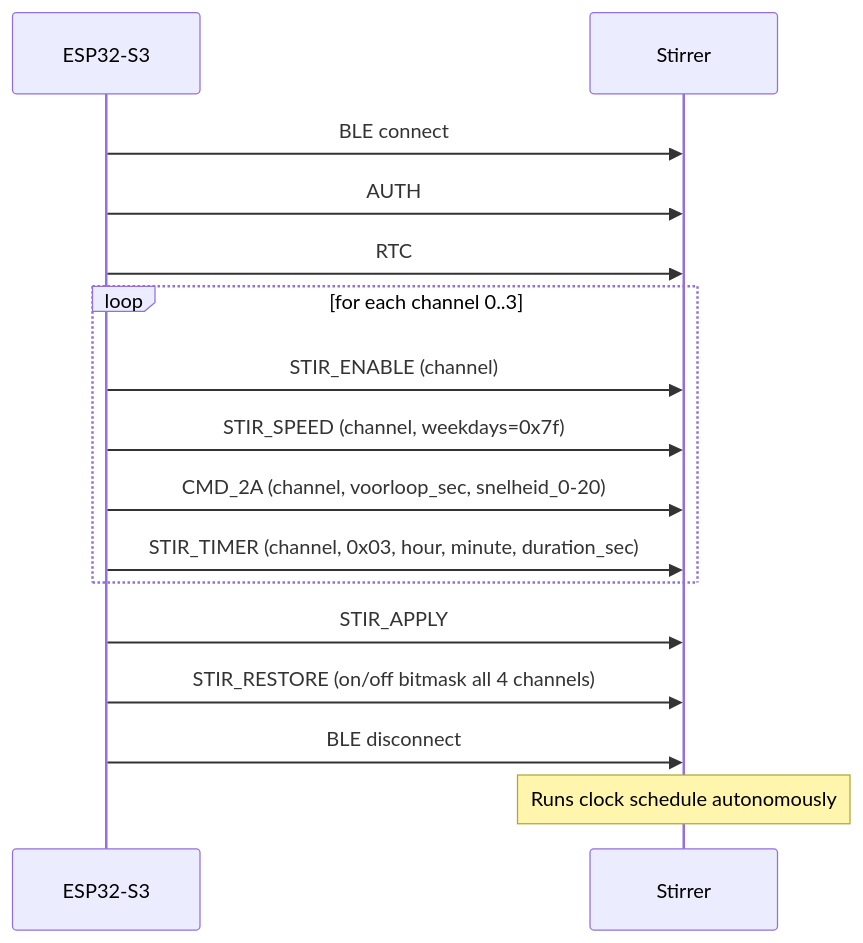
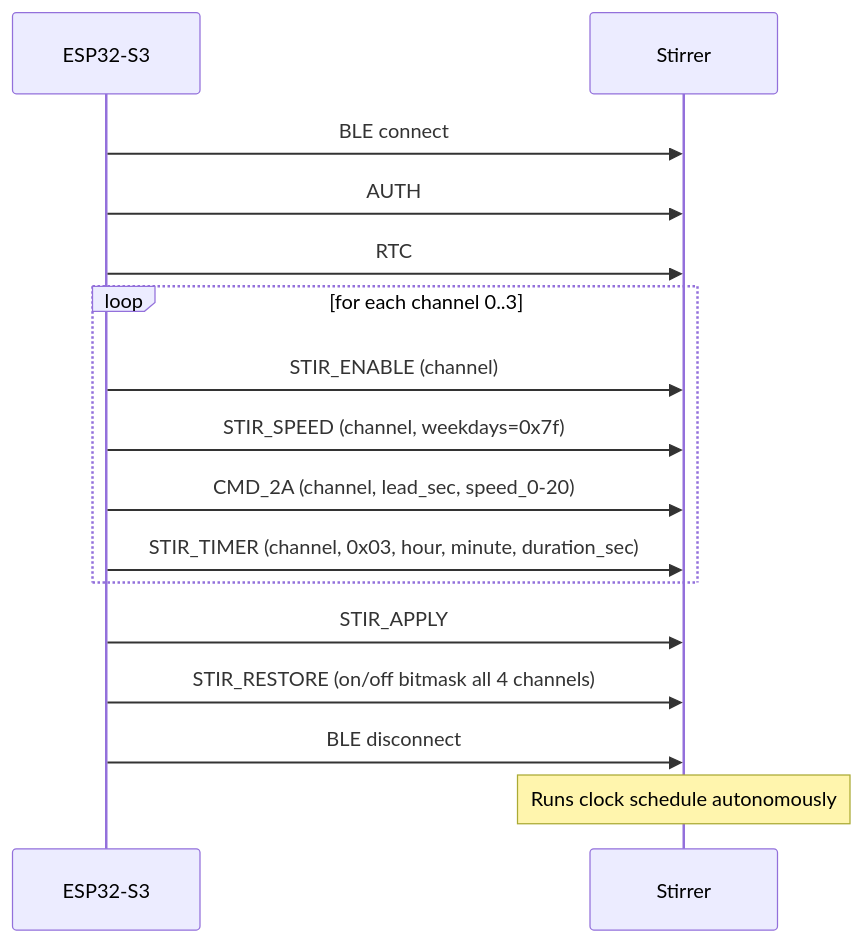
Before and after one commit to JoshuaSeidel/chihiros-esphome: the fourth of 9 diagrams in README.md, drawn with Mermaid. The commit also changed other lines of this file and 12 other files, not shown here.

````diff
--- a/README.md
+++ b/README.md
@@ -358,19 +358,19 @@
 ```mermaid
 sequenceDiagram
     participant ESP as ESP32-S3
     participant STI as Stirrer
 
     ESP->>STI: BLE connect
     ESP->>STI: AUTH
     ESP->>STI: RTC
     loop for each channel 0..3
         ESP->>STI: STIR_ENABLE  (channel)
         ESP->>STI: STIR_SPEED   (channel, weekdays=0x7f)
-        ESP->>STI: CMD_2A       (channel, voorloop_sec, snelheid_0-20)
+        ESP->>STI: CMD_2A       (channel, lead_sec, speed_0-20)
         ESP->>STI: STIR_TIMER   (channel, 0x03, hour, minute, duration_sec)
     end
     ESP->>STI: STIR_APPLY
     ESP->>STI: STIR_RESTORE (on/off bitmask all 4 channels)
     ESP->>STI: BLE disconnect
     Note over STI: Runs clock schedule autonomously
 ```
````
